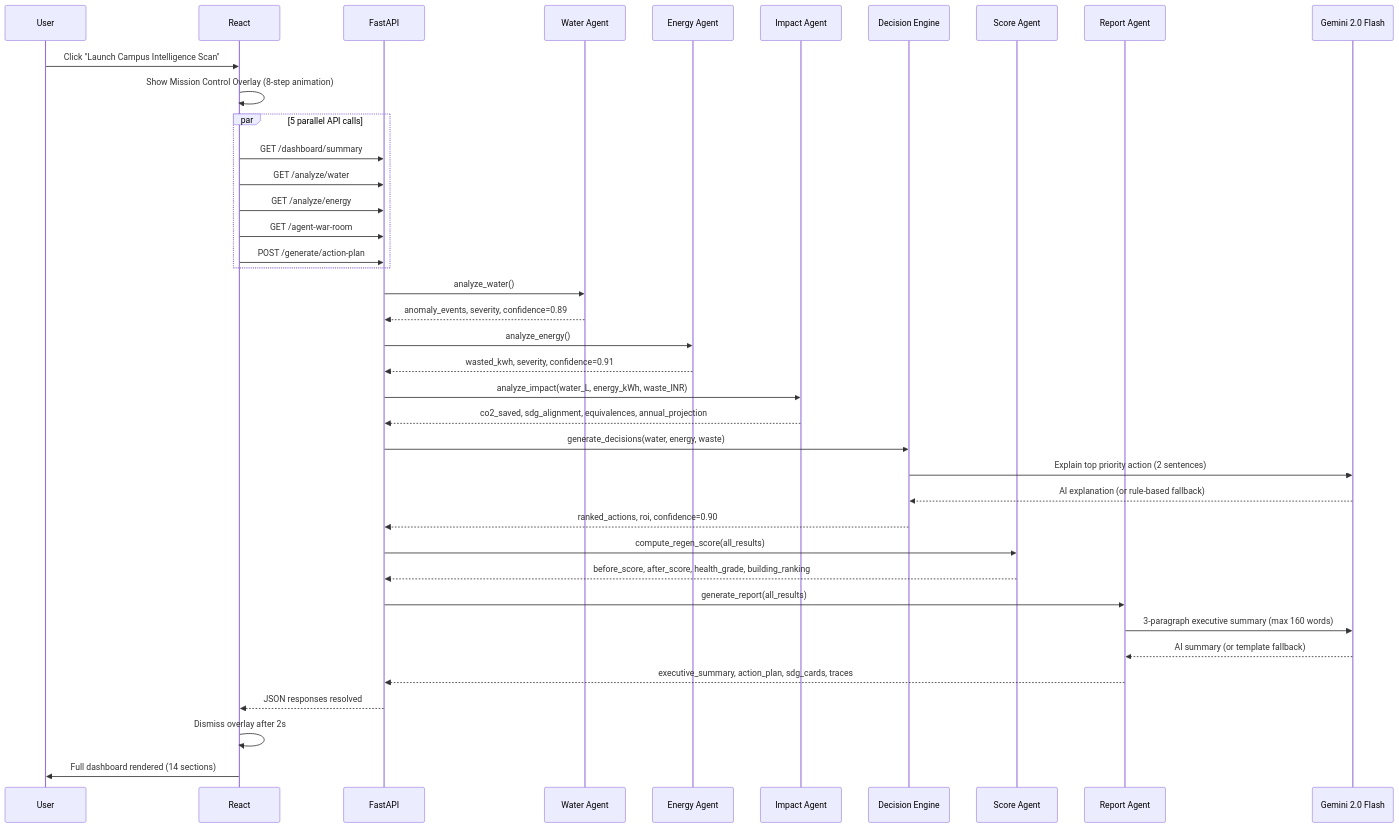
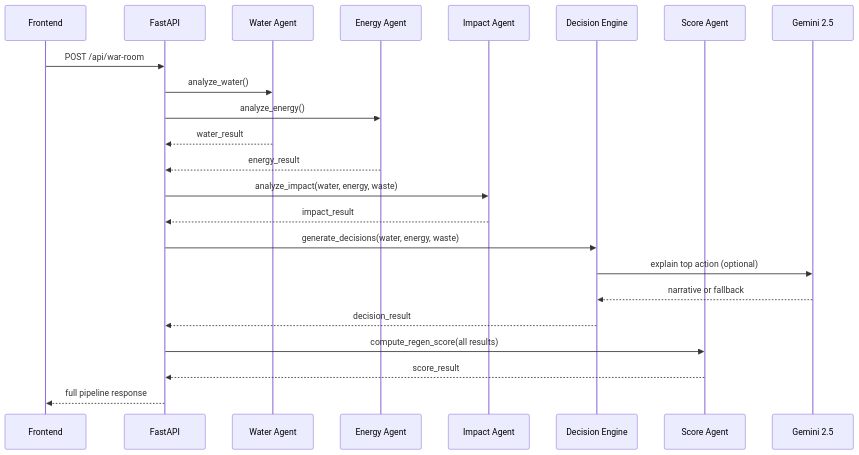
One commit to DivyaShreeS09/RE-GEN-AI changed the second of 2 diagrams in README.md. Above: the diagram before and after it, drawn with Mermaid. The commit also changed other lines of this file and 20 other files, not shown here.

````diff
--- a/README.md
+++ b/README.md
@@ -122,44 +165,26 @@
 ```mermaid
 sequenceDiagram
-    participant U  as User
-    participant R  as React
-    participant F  as FastAPI
-    participant W  as Water Agent
-    participant E  as Energy Agent
-    participant I  as Impact Agent
-    participant D  as Decision Engine
-    participant S  as Score Agent
-    participant Rp as Report Agent
-    participant G  as Gemini 2.0 Flash
+    participant FE as Frontend
+    participant API as FastAPI
+    participant WA as Water Agent
+    participant EA as Energy Agent
+    participant IA as Impact Agent
+    participant DA as Decision Engine
+    participant SA as Score Agent
+    participant GEM as Gemini 2.5
 
-    U->>R: Click "Launch Campus Intelligence Scan"
-    R->>R: Show Mission Control Overlay (8-step animation)
-
-    par 5 parallel API calls
-        R->>F: GET /dashboard/summary
-        R->>F: GET /analyze/water
-        R->>F: GET /analyze/energy
-        R->>F: GET /agent-war-room
-        R->>F: POST /generate/action-plan
-    end
-
-    F->>W: analyze_water()
-    W-->>F: anomaly_events, severity, confidence=0.89
-    F->>E: analyze_energy()
-    E-->>F: wasted_kwh, severity, confidence=0.91
-    F->>I: analyze_impact(water_L, energy_kWh, waste_INR)
-    I-->>F: co2_saved, sdg_alignment, equivalences, annual_projection
-    F->>D: generate_decisions(water, energy, waste)
-    D->>G: Explain top priority action (2 sentences)
-    G-->>D: AI explanation (or rule-based fallback)
-    D-->>F: ranked_actions, roi, confidence=0.90
-    F->>S: compute_regen_score(all_results)
-    S-->>F: before_score, after_score, health_grade, building_ranking
-    F->>Rp: generate_report(all_results)
-    Rp->>G: 3-paragraph executive summary (max 160 words)
-    G-->>Rp: AI summary (or template fallback)
-    Rp-->>F: executive_summary, action_plan, sdg_cards, traces
-    F-->>R: JSON responses resolved
-    R->>R: Dismiss overlay after 2s
-    R->>U: Full dashboard rendered (14 sections)
+    FE->>API: POST /api/war-room
+    API->>WA: analyze_water()
+    API->>EA: analyze_energy()
+    WA-->>API: water_result
+    EA-->>API: energy_result
+    API->>IA: analyze_impact(water, energy, waste)
+    IA-->>API: impact_result
+    API->>DA: generate_decisions(water, energy, waste)
+    DA->>GEM: explain top action (optional)
+    GEM-->>DA: narrative or fallback
+    DA-->>API: decision_result
+    API->>SA: compute_regen_score(all results)
+    SA-->>API: score_result
+    API-->>FE: full pipeline response
 ```
````
